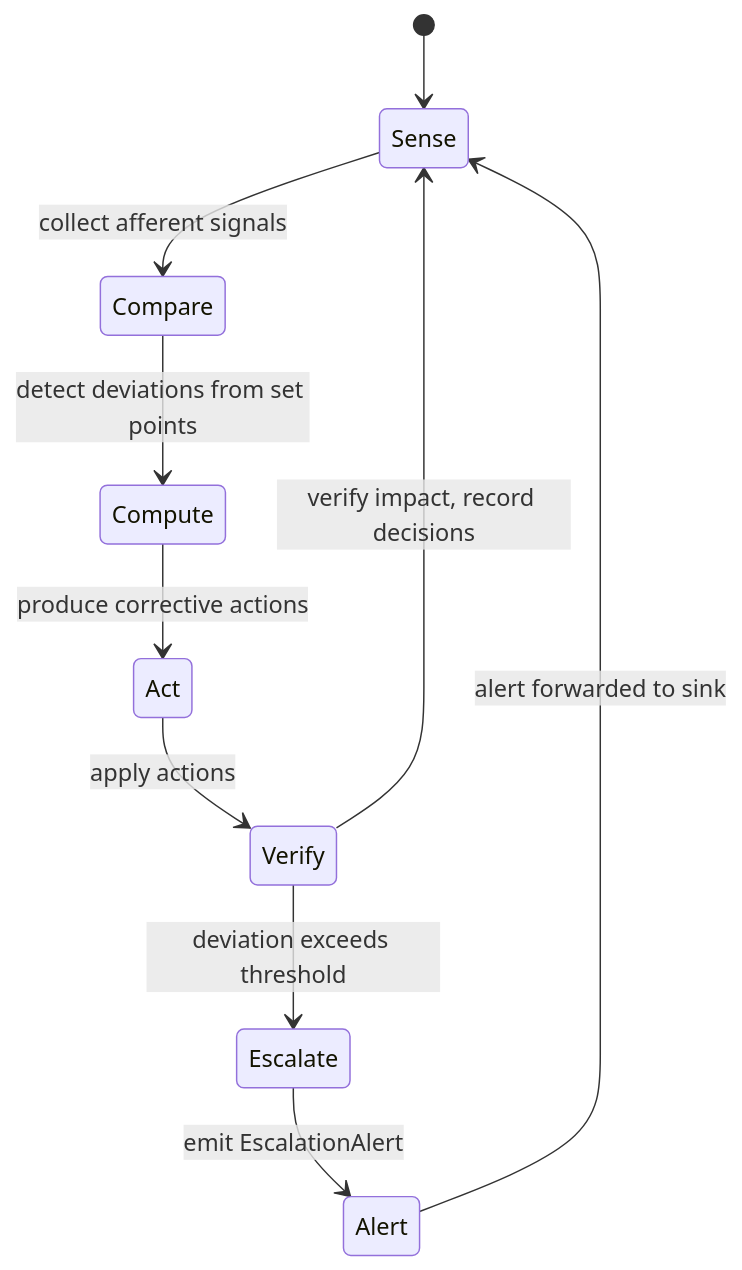
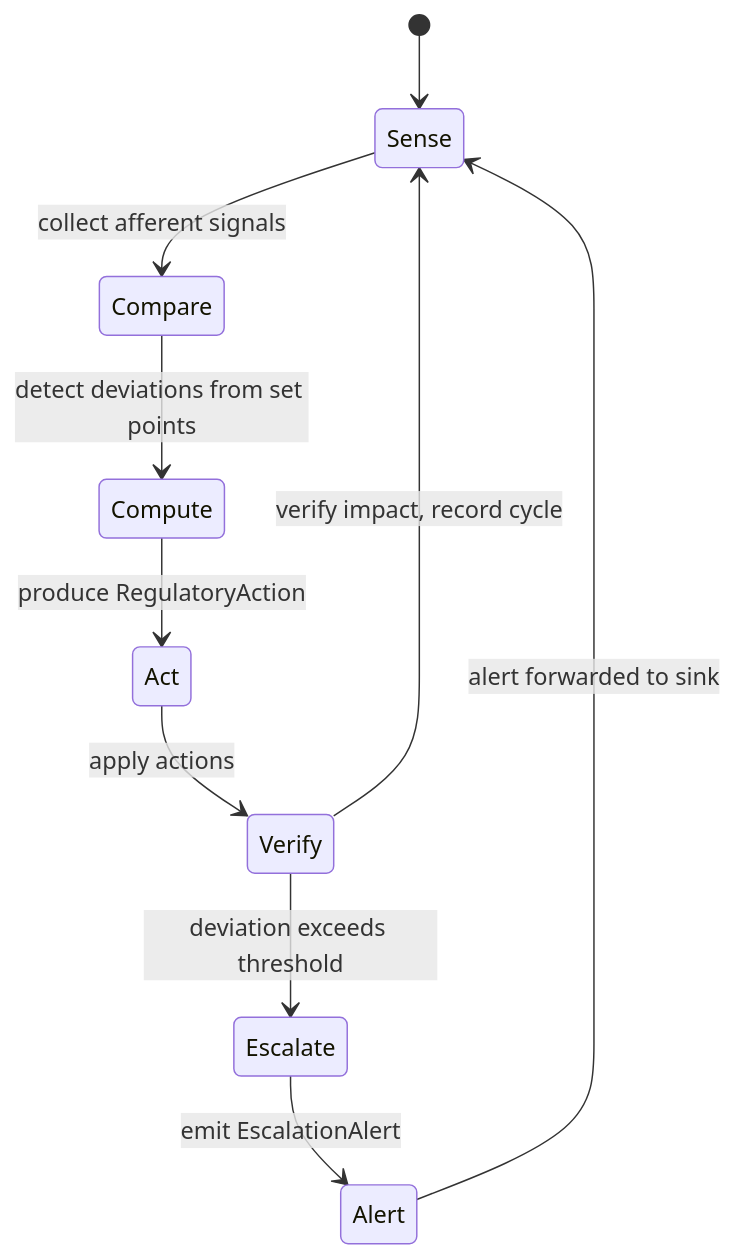
Before and after one commit to mdz-axo/zed-kask: the diagram in kask/docs/diataxis/hkask-regulation/explanation.md, drawn with Mermaid. The commit also changed other lines of this file and 33 other files, not shown here.

````diff
--- a/kask/docs/diataxis/hkask-regulation/explanation.md
+++ b/kask/docs/diataxis/hkask-regulation/explanation.md
@@ -41,12 +45,12 @@
 ```mermaid
 stateDiagram-v2
     [*] --> Sense
     Sense --> Compare: collect afferent signals
     Compare --> Compute: detect deviations from set points
-    Compute --> Act: produce corrective actions
+    Compute --> Act: produce RegulatoryAction
     Act --> Verify: apply actions
-    Verify --> Sense: verify impact, record decisions
+    Verify --> Sense: verify impact, record cycle
     Verify --> Escalate: deviation exceeds threshold
     Escalate --> Alert: emit EscalationAlert
     Alert --> Sense: alert forwarded to sink
 ```
````
